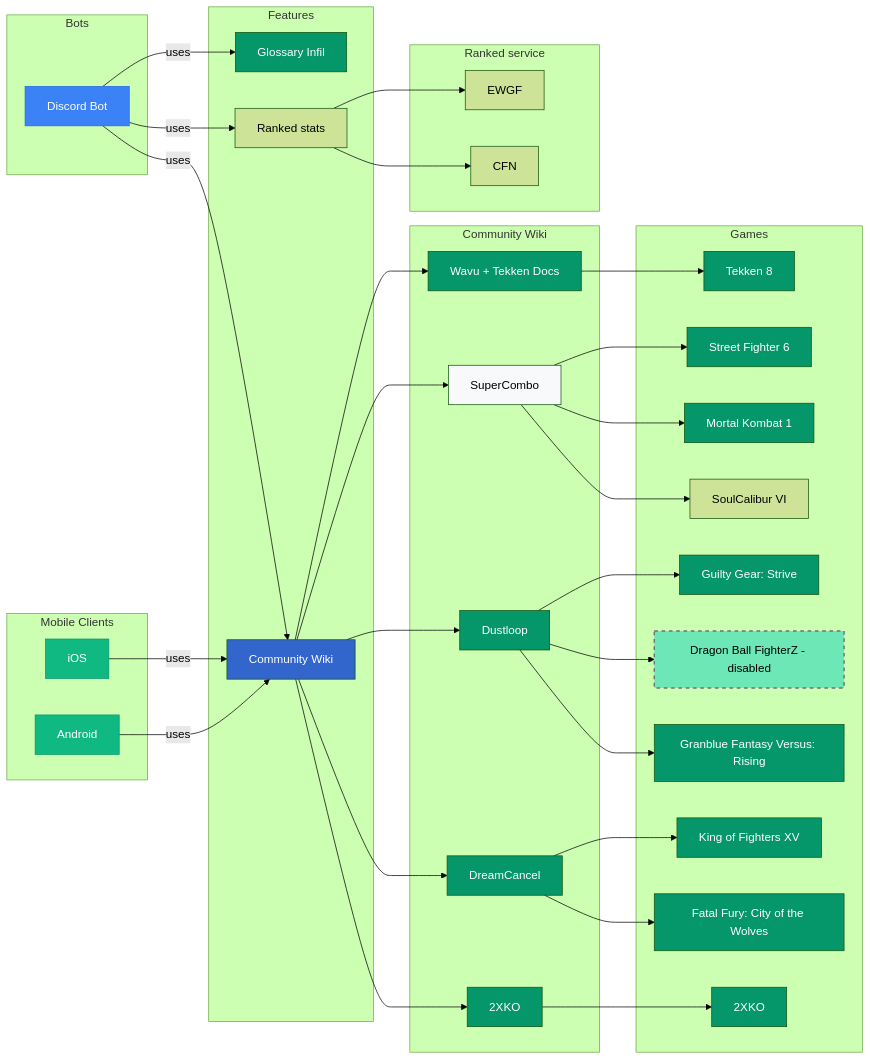
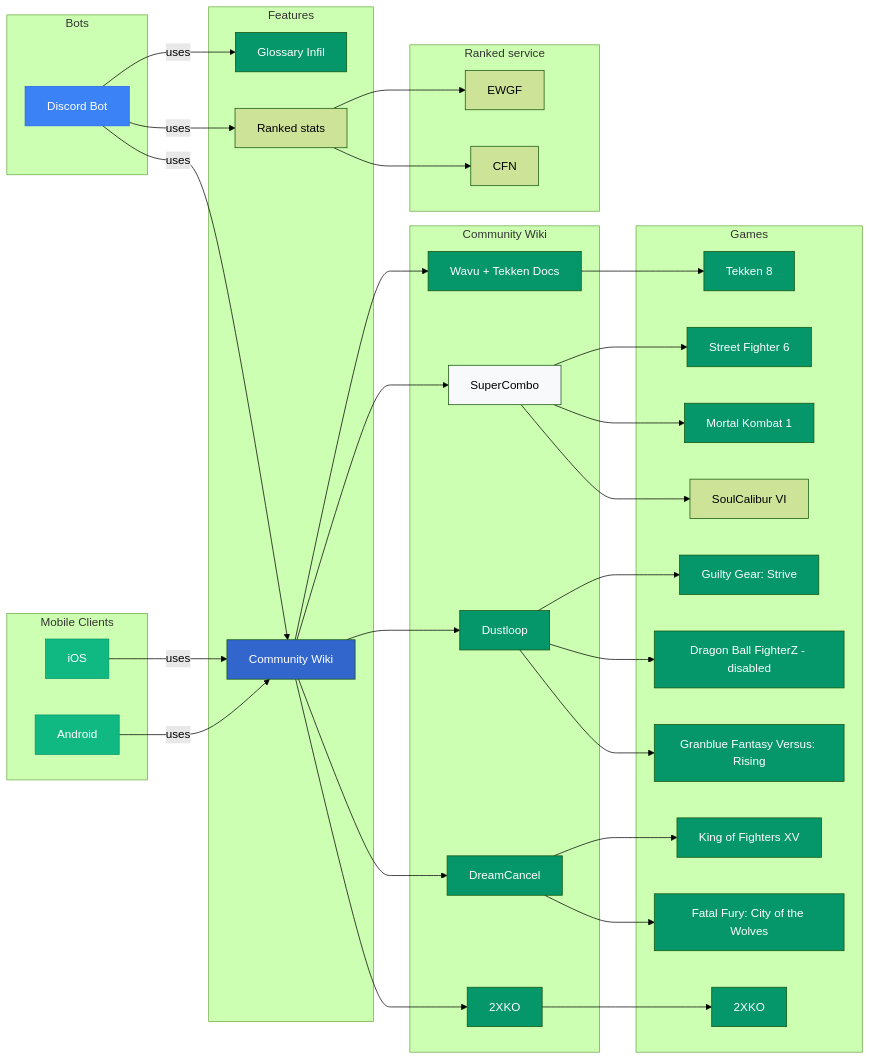
Before and after one commit to Sophon/FightingNerd: the diagram in mermaid/modules.mmd, drawn with Mermaid (forest theme). The commit also changed 1 other file, not shown here.

Commit message:
doc (mermaid): content

```diff
--- a/mermaid/modules.mmd
+++ b/mermaid/modules.mmd
@@ -1,89 +1,89 @@
 graph LR
     subgraph Bots
         discordBot[Discord Bot]
     end
 
     subgraph "Mobile Clients"
         android[Android]
         iOS[iOS]
     end
 
     subgraph Features
         glossaryInfil[Glossary Infil]
         communityWiki[Community Wiki]
         elo[Ranked stats]
     end
 
     subgraph Community Wiki
         wikiWavu[Wavu + Tekken Docs]
         supercombo[SuperCombo]
         2xko[2XKO]
         dustloop[Dustloop]
         dreamcancel[DreamCancel]
     end
 
     subgraph Games
         t8[Tekken 8]
         sf6[Street Fighter 6]
         mk1[Mortal Kombat 1]
         sc6[SoulCalibur VI]
         ggst[Guilty Gear: Strive]
         dbfz[Dragon Ball FighterZ - disabled]
         gbvsr[Granblue Fantasy Versus: Rising]
         kof15[King of Fighters XV]
         cotw[Fatal Fury: City of the Wolves]
         xko[2XKO]
     end
 
     subgraph Ranked service
         ewgf[EWGF]
         cfn[CFN]
     end
 
     android -->|uses| communityWiki
     iOS -->|uses| communityWiki
 
     discordBot -->|uses| glossaryInfil
     discordBot -->|uses| communityWiki
     discordBot -->|uses| elo
 
     communityWiki --> wikiWavu
     communityWiki --> supercombo
     communityWiki --> 2xko
     communityWiki --> dreamcancel
     communityWiki --> dustloop
 
     elo --> ewgf
     elo --> cfn
 
     wikiWavu --> t8
     supercombo --> sf6
     supercombo --> mk1
     supercombo --> sc6
     dustloop --> ggst
     dustloop --> dbfz
     dustloop --> gbvsr
     2xko --> xko
     dreamcancel --> kof15
     dreamcancel --> cotw
 
 
     style discordBot fill:#3B82F6,stroke:#2563EB,color:#fff
     style android fill:#10B981,stroke:#059669,color:#fff
     style iOS fill:#10B981,stroke:#059669,color:#fff
     style glossaryInfil fill:#059669,color:#fff
     style communityWiki fill:#3366CC,color:#fff
     style wikiWavu fill:#059669,color:#fff
     style supercombo fill:#F8F9FA,color:#000000
     style dreamcancel fill:#059669, color:#fff
     style dustloop fill:#059669,color:#fff
     style 2xko fill:#059669,color:#fff
     style t8 fill:#059669, color:#fff
     style sf6 fill:#059669, color:#fff
     style xko fill:#059669, color:#fff
     style kof15 fill:#059669,color:#fff
     style cotw fill:#059669,color:#fff
     style ggst fill:#059669,color:#fff
     style mk1 fill:#059669,color:#fff
-    style dbfz fill:#6EE7B7,color:#000000,stroke:#6B7280,stroke-width:2,stroke-dasharray:5 5
+    style dbfz fill:#059669,color:#fff
     style gbvsr fill:#059669,color:#fff
```
